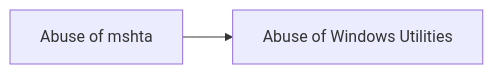
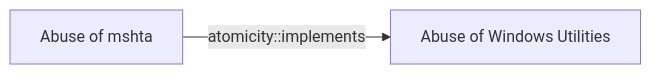
One commit to opentidehq/library changed the diagram in docs/threats/abuse-of-mshta.md. Above: the diagram before and after it, drawn with Mermaid. The commit also changed other lines of this file and 277 other files, not shown here.

````diff
--- a/docs/threats/abuse-of-mshta.md
+++ b/docs/threats/abuse-of-mshta.md
@@ -42,6 +84,6 @@
 ```mermaid
 flowchart LR
 767f10bd_1947_44e3_b999_5fbf50d99027["Abuse of mshta"]
 d5039f2c_9fcc_4ba3_ad6a_da8c891ba745["Abuse of Windows Utilities"]
-767f10bd_1947_44e3_b999_5fbf50d99027 --> d5039f2c_9fcc_4ba3_ad6a_da8c891ba745
+767f10bd_1947_44e3_b999_5fbf50d99027 -->|atomicity::implements| d5039f2c_9fcc_4ba3_ad6a_da8c891ba745
 ```
````
